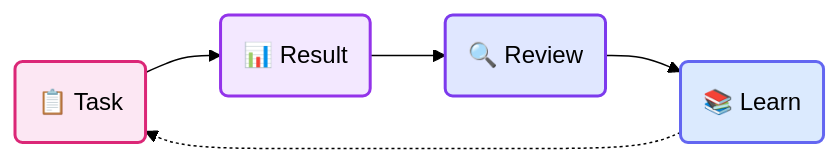
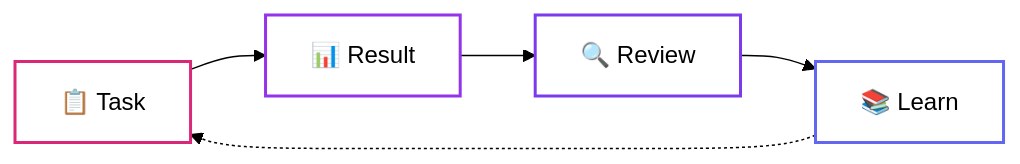
The second of 5 diagrams in README.md (mangiapanejohn-dev/Resonix-AG), drawn with Mermaid (forest theme) before and after one commit. The commit also changed other lines of this file, not shown here.

First line of the commit message:
docs: fix diagram text - black text on white background

````diff
--- a/README.md
+++ b/README.md
@@ -81,12 +81,12 @@
 ```mermaid
 flowchart LR
-    TASK("📋 Task") --> RESULT("📊 Result")
-    RESULT --> RETRO("🔍 Review")
-    RETRO --> LEARN("📚 Learn")
+    TASK["📋 Task"] --> RESULT["📊 Result"]
+    RESULT --> RETRO["🔍 Review"]
+    RETRO --> LEARN["📚 Learn"]
     LEARN -.-> TASK
 
-    style TASK fill:#fce7f3,stroke:#db2777,stroke-width:2
-    style RESULT fill:#f3e8ff,stroke:#9333ea,stroke-width:2
-    style RETRO fill:#e0e7ff,stroke:#7c3aed,stroke-width:2
-    style LEARN fill:#dbeafe,stroke:#6366f1,stroke-width:2
+    style TASK fill:#fff,stroke:#db2777,stroke-width:2,color:#000
+    style RESULT fill:#fff,stroke:#9333ea,stroke-width:2,color:#000
+    style RETRO fill:#fff,stroke:#7c3aed,stroke-width:2,color:#000
+    style LEARN fill:#fff,stroke:#6366f1,stroke-width:2,color:#000
 ```
````
